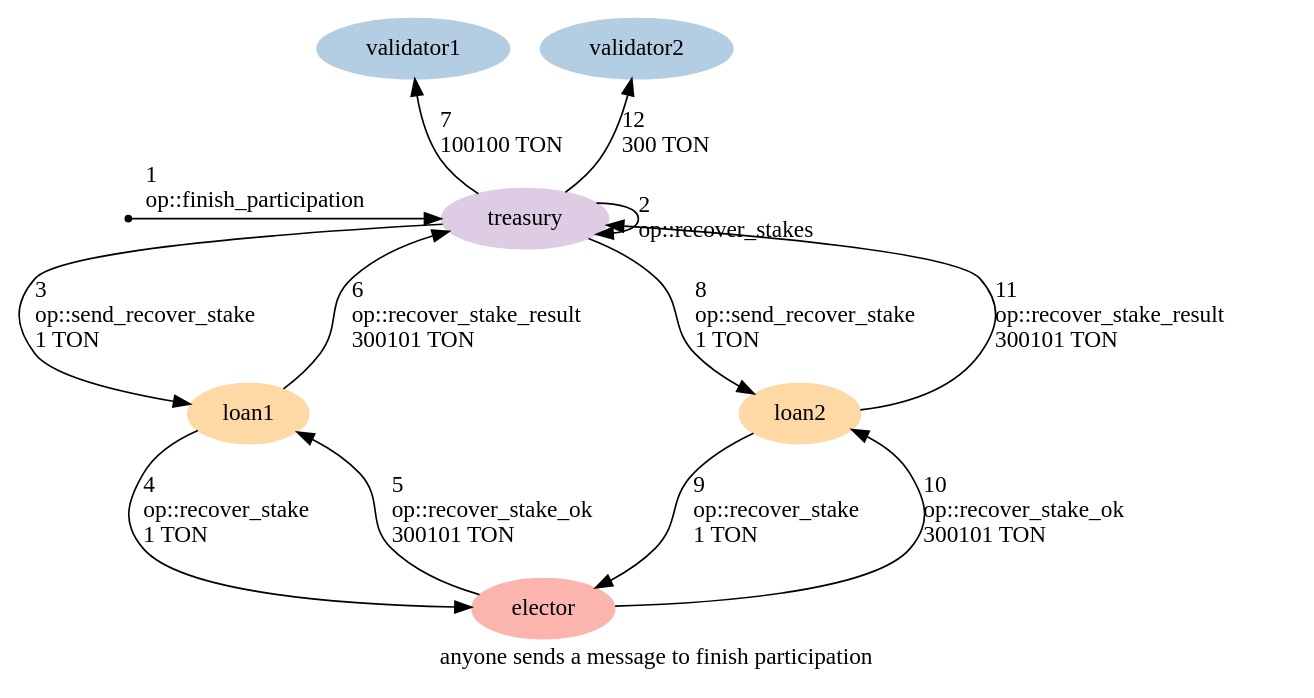
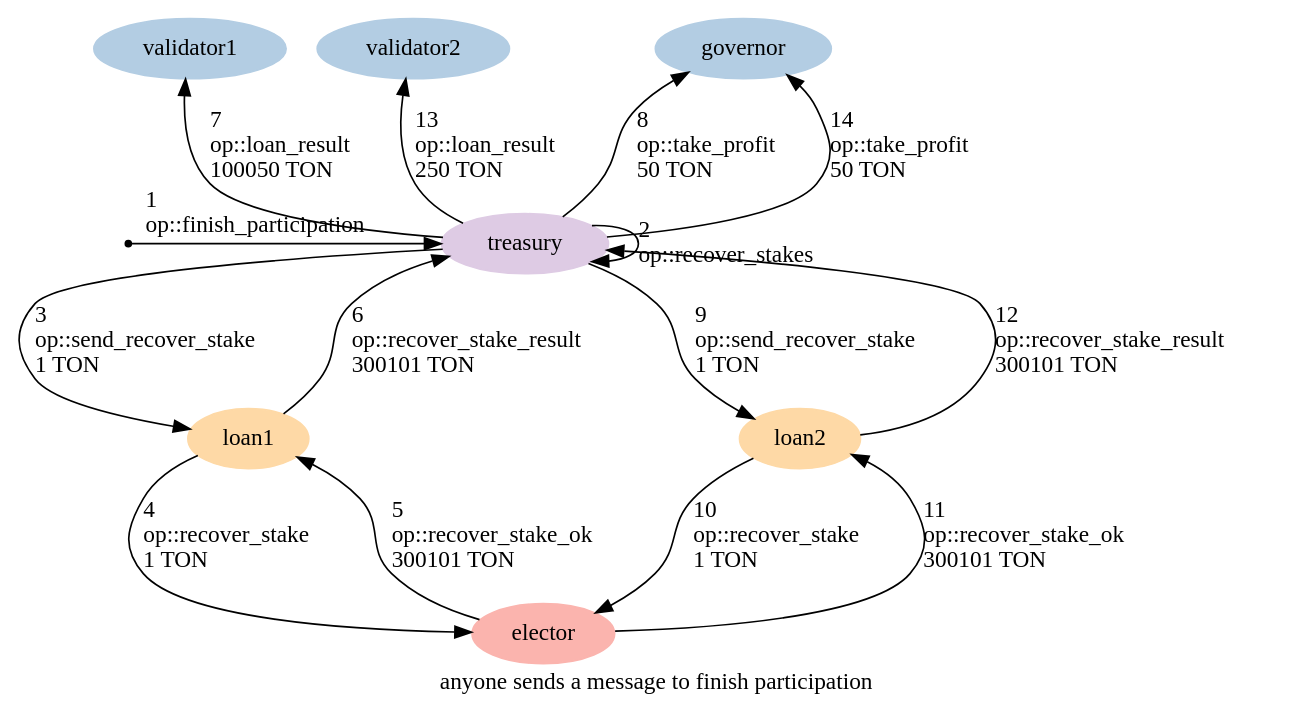
The diagram in graphs/09-finish-participation.dot (HipoFinance/contract), drawn with Graphviz before and after one commit. The commit also changed 6 other files, not shown here.

```diff
--- a/graphs/09-finish-participation.dot
+++ b/graphs/09-finish-participation.dot
@@ -1,30 +1,32 @@
 digraph {
     label="anyone sends a message to finish participation"
     node [ colorscheme=pastel19 style=filled ]
 
     /* Entities */
     external [ shape=point ]
     treasury [ color=4 ]
     loan1, loan2 [ color=5 ]
     elector [ color=1 ]
-    validator1, validator2 [ color=2 ]
+    validator1, validator2, governor [ color=2 ]
 
     /* Relationships */
     external -> treasury [ label="1\l op::finish_participation\l" ]
     treasury -> treasury [ label="2\l op::recover_stakes\l" ]
     treasury -> loan1 [ label="3\l op::send_recover_stake\l 1 TON\l" ]
     loan1 -> elector [ label="4\l op::recover_stake\l 1 TON\l" ]
     elector -> loan1 [ label="5\l op::recover_stake_ok\l 300101 TON\l" ]
     loan1 -> treasury [ label="6\l op::recover_stake_result\l 300101 TON\l" ]
-    treasury -> validator1 [ label="7\l 100100 TON\l" ]
-    treasury -> loan2 [ label="8\l op::send_recover_stake\l 1 TON\l" ]
-    loan2 -> elector [ label="9\l op::recover_stake\l 1 TON\l" ]
-    elector -> loan2 [ label="10\l op::recover_stake_ok\l 300101 TON\l" ]
-    loan2 -> treasury [ label="11\l op::recover_stake_result\l 300101 TON\l"]
-    treasury -> validator2 [ label="12\l 300 TON\l" ]
+    treasury -> validator1 [ label="7\l op::loan_result\l 100050 TON\l" ]
+    treasury -> governor [ label="8\l op::take_profit\l 50 TON\l" ]
+    treasury -> loan2 [ label="9\l op::send_recover_stake\l 1 TON\l" ]
+    loan2 -> elector [ label="10\l op::recover_stake\l 1 TON\l" ]
+    elector -> loan2 [ label="11\l op::recover_stake_ok\l 300101 TON\l" ]
+    loan2 -> treasury [ label="12\l op::recover_stake_result\l 300101 TON\l"]
+    treasury -> validator2 [ label="13\l op::loan_result\l 250 TON\l" ]
+    treasury -> governor [ label="14\l op::take_profit\l 50 TON\l" ]
 
     /* Ranks */
-    { rank=min validator1 validator2 }
+    { rank=min validator1 validator2 governor }
     { rank=same external treasury }
     { rank=max elector }
 }
```
